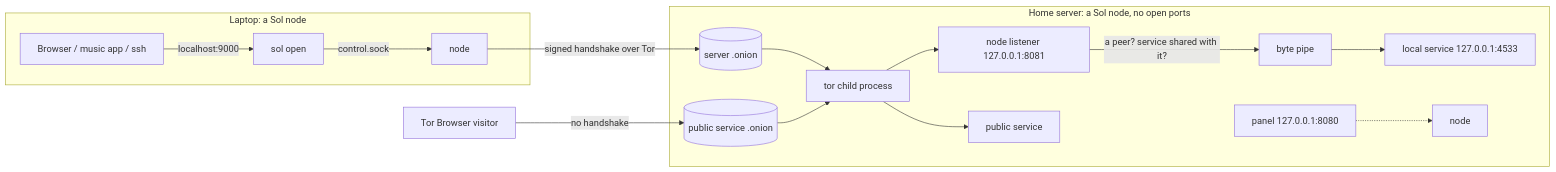
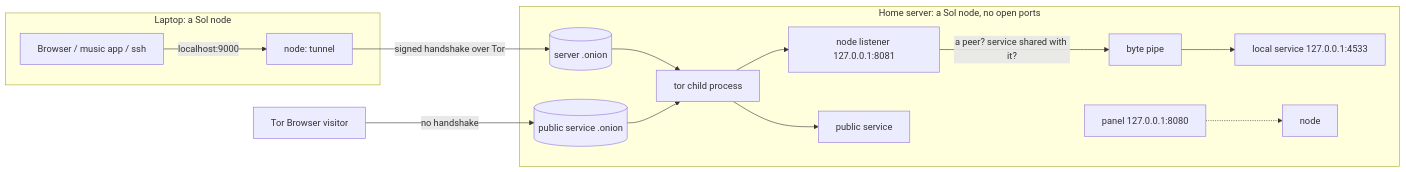
Before and after one commit to apv022/sol: the diagram in docs/ARCHITECTURE.md, drawn with Mermaid. The commit also changed other lines of this file and 17 other files, not shown here.

First line of the commit message:
Open a peer's app from the panel; lasting tunnels owned by the node

````diff
--- a/docs/ARCHITECTURE.md
+++ b/docs/ARCHITECTURE.md
@@ -9,18 +9,17 @@
 ```mermaid
 flowchart LR
     subgraph laptop[Laptop: a Sol node]
-        app[Browser / music app / ssh] -->|localhost:9000| open[sol open]
-        open -->|control.sock| lnode[node]
+        app[Browser / music app / ssh] -->|localhost:9000| lnode[node: tunnel]
     end
     lnode -->|signed handshake over Tor| onion[(server .onion)]
     visitor[Tor Browser visitor] -->|no handshake| svconion[(public service .onion)]
     subgraph home[Home server: a Sol node, no open ports]
         onion --> tor[tor child process]
         svconion --> tor
         tor --> nodeln[node listener 127.0.0.1:8081]
         tor --> pubsvc[public service]
         nodeln -->|a peer? service shared with it?| pipe[byte pipe]
         pipe --> svc[local service 127.0.0.1:4533]
         panel[panel 127.0.0.1:8080] -.-> nodecore[node]
     end
 ```
````
